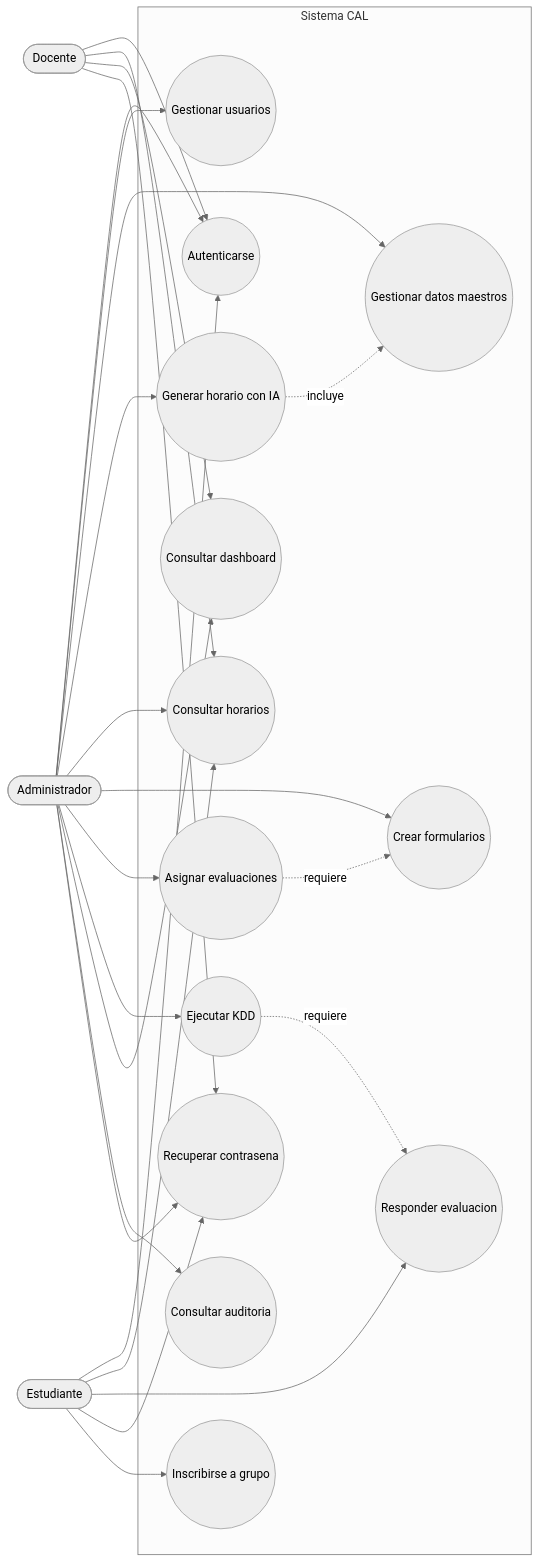
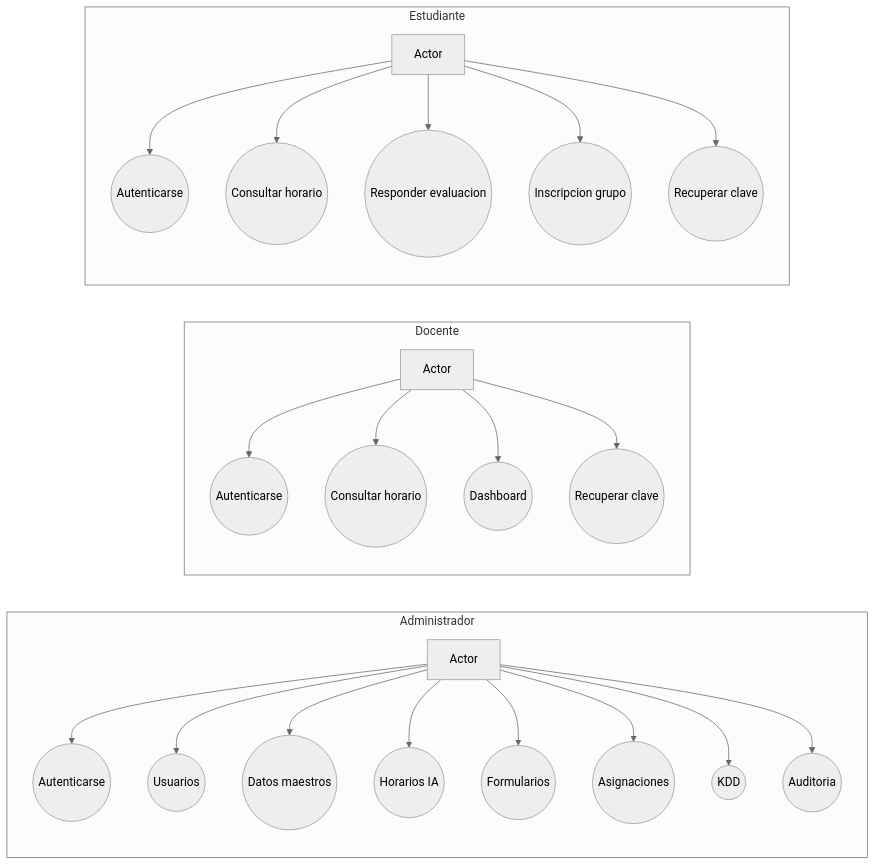
One commit to Proyecto-grado-ucc/proyectoGrado-server changed the diagram in docs/diagramas/12_casos_uso.mmd. Above: the diagram before and after it, drawn with Mermaid (neutral theme). The commit also changed 26 other files, not shown here.

Commit message:
docs: improve diagram readability

```diff
--- a/docs/diagramas/12_casos_uso.mmd
+++ b/docs/diagramas/12_casos_uso.mmd
@@ -1,47 +1,49 @@
 flowchart LR
-  Admin([Administrador])
-  Docente([Docente])
-  Estudiante([Estudiante])
-
-  subgraph CAL[Sistema CAL]
-    UC1((Autenticarse))
-    UC2((Gestionar usuarios))
-    UC3((Gestionar datos maestros))
-    UC4((Generar horario con IA))
-    UC5((Consultar horarios))
-    UC6((Crear formularios))
-    UC7((Asignar evaluaciones))
-    UC8((Responder evaluacion))
-    UC9((Ejecutar KDD))
-    UC10((Consultar dashboard))
-    UC11((Consultar auditoria))
-    UC12((Recuperar contrasena))
-    UC13((Inscribirse a grupo))
+  subgraph A["Administrador"]
+    Admin["Actor"]
+    A0(("Autenticarse"))
+    A1(("Usuarios"))
+    A2(("Datos maestros"))
+    A3(("Horarios IA"))
+    A4(("Formularios"))
+    A5(("Asignaciones"))
+    A6(("KDD"))
+    A7(("Auditoria"))
   end
 
-  Admin --> UC1
-  Admin --> UC2
-  Admin --> UC3
-  Admin --> UC4
-  Admin --> UC5
-  Admin --> UC6
-  Admin --> UC7
-  Admin --> UC9
-  Admin --> UC10
-  Admin --> UC11
-  Admin --> UC12
+  subgraph D["Docente"]
+    Docente["Actor"]
+    D0(("Autenticarse"))
+    D1(("Consultar horario"))
+    D2(("Dashboard"))
+    D3(("Recuperar clave"))
+  end
 
-  Docente --> UC1
-  Docente --> UC5
-  Docente --> UC10
-  Docente --> UC12
+  subgraph E["Estudiante"]
+    Estudiante["Actor"]
+    E0(("Autenticarse"))
+    E1(("Consultar horario"))
+    E2(("Responder evaluacion"))
+    E3(("Inscripcion grupo"))
+    E4(("Recuperar clave"))
+  end
 
-  Estudiante --> UC1
-  Estudiante --> UC5
-  Estudiante --> UC8
-  Estudiante --> UC12
-  Estudiante --> UC13
+  Admin --> A0
+  Admin --> A1
+  Admin --> A2
+  Admin --> A3
+  Admin --> A4
+  Admin --> A5
+  Admin --> A6
+  Admin --> A7
 
-  UC4 -. incluye .-> UC3
-  UC7 -. requiere .-> UC6
-  UC9 -. requiere .-> UC8
+  Docente --> D0
+  Docente --> D1
+  Docente --> D2
+  Docente --> D3
+
+  Estudiante --> E0
+  Estudiante --> E1
+  Estudiante --> E2
+  Estudiante --> E3
+  Estudiante --> E4
```
